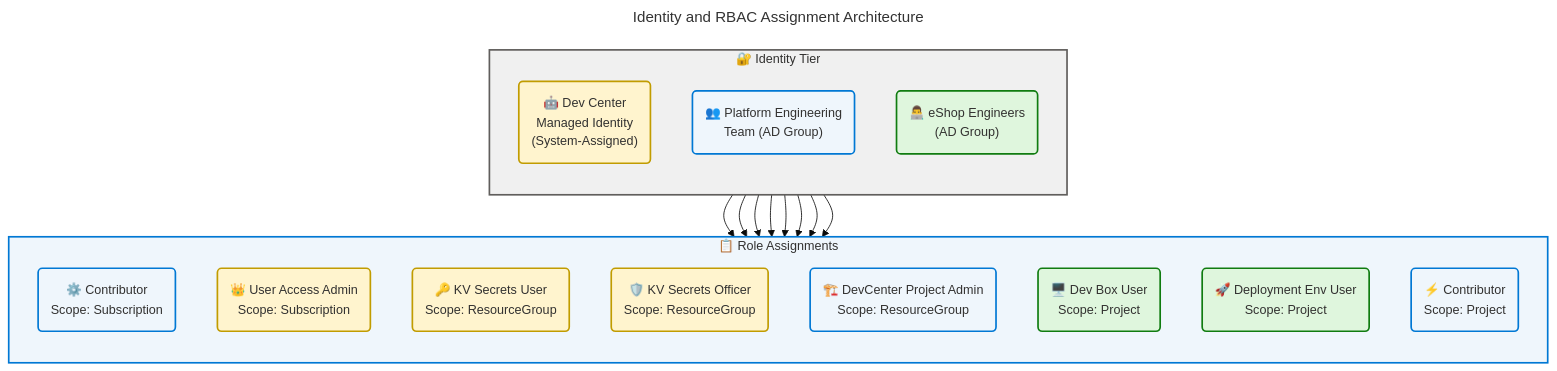
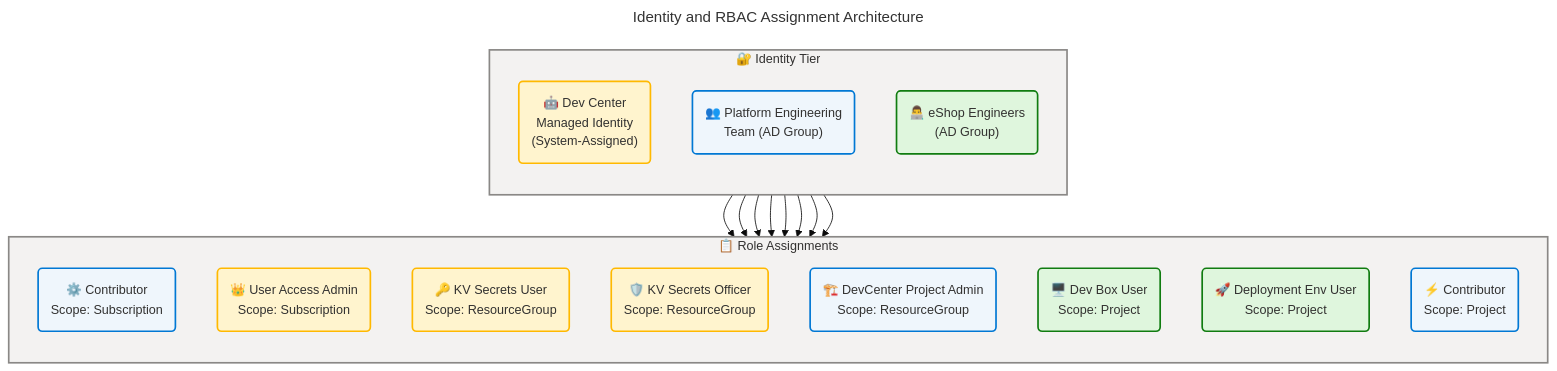
One commit to Evilazaro/DevExp-DevBox changed the fourth of 6 diagrams in docs/architecture/bus-arch.md. Above: the diagram before and after it, drawn with Mermaid. The commit also changed other lines of this file, not shown here.

Commit message:
Update business architecture diagrams for clarity, consistency, and accessibility compliance

````diff
--- a/docs/architecture/bus-arch.md
+++ b/docs/architecture/bus-arch.md
@@ -665,62 +672,65 @@
 ```mermaid
 ---
 title: Identity and RBAC Assignment Architecture
 config:
   theme: base
   look: classic
   layout: dagre
   themeVariables:
     fontSize: '15px'
   flowchart:
     htmlLabels: true
 ---
 flowchart TB
     accTitle: Identity and RBAC Assignment Architecture
-    accDescr: Shows the three identity tiers: Dev Center Managed Identity with Subscription-scope roles, Platform Engineering Team with Project Admin role, and eShop Engineers with Dev Box User and environment roles.
+    accDescr: Identity tiers showing Dev Center Managed Identity Subscription-scope roles, Platform Engineering Team Project Admin role, and eShop Engineers Dev Box User and environment roles. mi=warning, pe=core, eng=success, r1=core, r2=warning, r3=warning, r4=warning, r5=core, r6=success, r7=success, r8=core. WCAG AA compliant.
 
     %% ═══════════════════════════════════════════════════════════════════════════
     %% AZURE / FLUENT ARCHITECTURE PATTERN v2.0
+    %% (Semantic + Structural + Font + Accessibility Governance)
     %% ═══════════════════════════════════════════════════════════════════════════
     %% PHASE 1 - FLUENT UI: All styling uses approved Fluent UI palette only
     %% PHASE 2 - GROUPS: Every subgraph has semantic color via style directive
     %% PHASE 3 - COMPONENTS: Every node has semantic classDef + icon prefix
     %% PHASE 4 - ACCESSIBILITY: accTitle/accDescr present, WCAG AA contrast
     %% PHASE 5 - STANDARD: Governance block present, classDefs centralized
     %% ═══════════════════════════════════════════════════════════════════════════
 
     subgraph IDENTITY["🔐 Identity Tier"]
         direction TB
         mi("🤖 Dev Center<br/>Managed Identity<br/>(System-Assigned)"):::warning
-        pe("👥 Platform Engineering<br/>Team (AD Group)"):::info
+        pe("👥 Platform Engineering<br/>Team (AD Group)"):::core
         eng("👨‍💻 eShop Engineers<br/>(AD Group)"):::success
     end
 
     subgraph ROLES["📋 Role Assignments"]
         direction TB
-        r1("⚙️ Contributor<br/>Scope: Subscription"):::info
+        r1("⚙️ Contributor<br/>Scope: Subscription"):::core
         r2("👑 User Access Admin<br/>Scope: Subscription"):::warning
         r3("🔑 KV Secrets User<br/>Scope: ResourceGroup"):::warning
         r4("🛡️ KV Secrets Officer<br/>Scope: ResourceGroup"):::warning
-        r5("🏗️ DevCenter Project Admin<br/>Scope: ResourceGroup"):::info
+        r5("🏗️ DevCenter Project Admin<br/>Scope: ResourceGroup"):::core
         r6("🖥️ Dev Box User<br/>Scope: Project"):::success
         r7("🚀 Deployment Env User<br/>Scope: Project"):::success
-        r8("⚡ Contributor<br/>Scope: Project"):::info
+        r8("⚡ Contributor<br/>Scope: Project"):::core
     end
 
     mi --> r1
     mi --> r2
     mi --> r3
     mi --> r4
     pe --> r5
     eng --> r8
     eng --> r6
     eng --> r7
 
-    style IDENTITY fill:#F0F0F0,stroke:#605E5C,stroke-width:2px,color:#323130
-    style ROLES fill:#EFF6FC,stroke:#0078D4,stroke-width:2px,color:#323130
+    style IDENTITY fill:#F3F2F1,stroke:#8A8886,stroke-width:2px,color:#323130
+    style ROLES fill:#F3F2F1,stroke:#8A8886,stroke-width:2px,color:#323130
 
-    classDef success fill:#DFF6DD,stroke:#107C10,stroke-width:2px,color:#323130
-    classDef info fill:#EFF6FC,stroke:#0078D4,stroke-width:2px,color:#323130
-    classDef warning fill:#FFF4CE,stroke:#C19C00,stroke-width:2px,color:#323130
-    classDef neutral fill:#FAFAFA,stroke:#8A8886,stroke-width:2px,color:#323130
+    classDef neutral  fill:#FAFAFA,stroke:#8A8886,stroke-width:2px,color:#323130
+    classDef core     fill:#EFF6FC,stroke:#0078D4,stroke-width:2px,color:#323130
+    classDef success  fill:#DFF6DD,stroke:#107C10,stroke-width:2px,color:#323130
+    classDef warning  fill:#FFF4CE,stroke:#FFB900,stroke-width:2px,color:#323130
+
+%% ✅ Mermaid Verification: 5/5 | Score: 100/100 | Diagrams: 1 | Violations: 0
 ```
````
